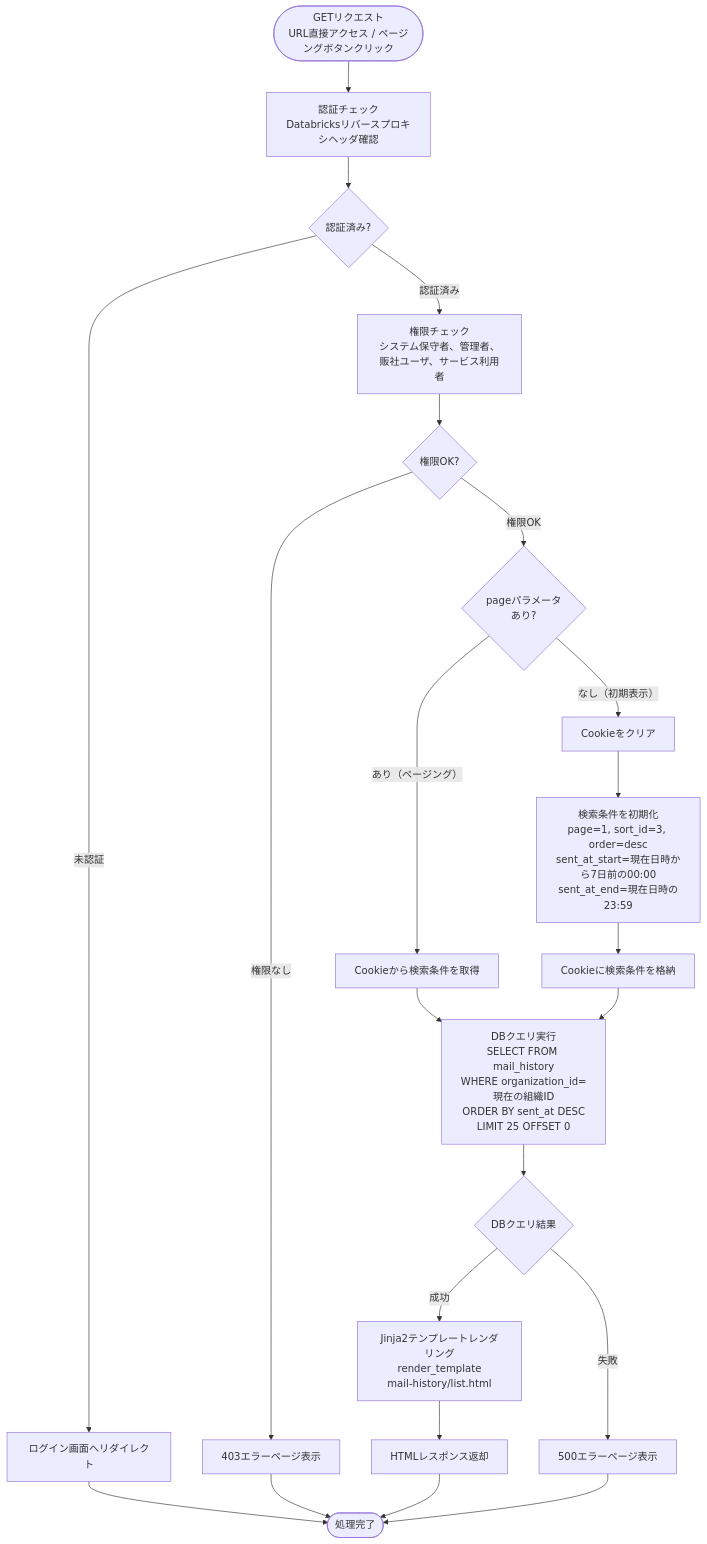
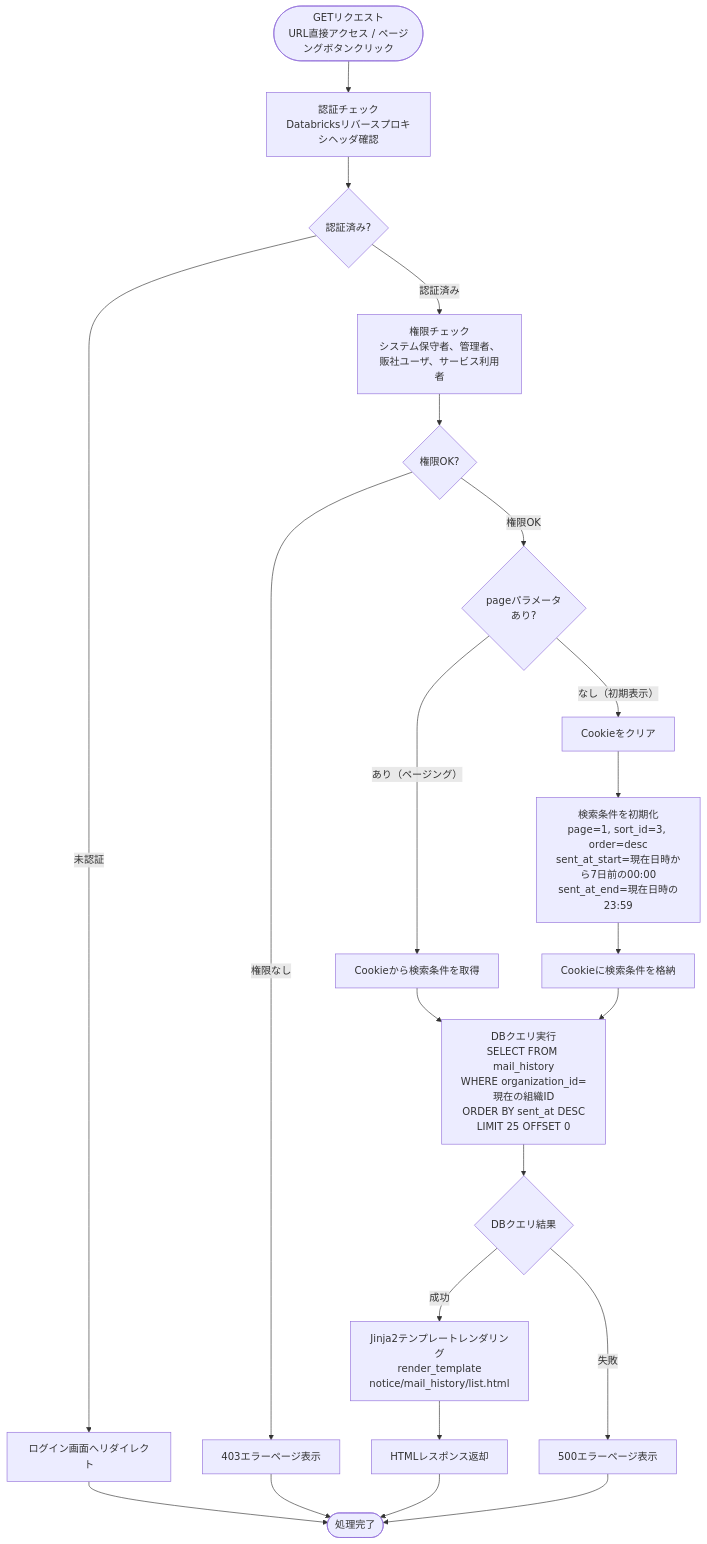
Before and after one commit to NSW-SVCP-AIWG002/Databricks-IoT: the first of 5 diagrams in docs/03-features/flask-app/mail-history/workflow-specification.md, drawn with Mermaid. The commit also changed other lines of this file and 3 other files, not shown here.

````diff
--- a/docs/03-features/flask-app/mail-history/workflow-specification.md
+++ b/docs/03-features/flask-app/mail-history/workflow-specification.md
@@ -102,32 +102,32 @@
 ```mermaid
 flowchart TD
     Start([GETリクエスト<br>URL直接アクセス / ページングボタンクリック]) --> Auth[認証チェック<br>Databricksリバースプロキシヘッダ確認]
     Auth --> CheckAuth{認証済み?}
     CheckAuth -->|未認証| LoginRedirect[ログイン画面へリダイレクト]
 
     CheckAuth -->|認証済み| Permission[権限チェック<br>システム保守者、管理者、販社ユーザ、サービス利用者]
     Permission --> CheckPerm{権限OK?}
     CheckPerm -->|権限なし| Error403[403エラーページ表示]
 
     CheckPerm -->|権限OK| CheckPage{pageパラメータ<br>あり?}
 
     CheckPage -->|あり（ページング）| GetCookie[Cookieから検索条件を取得]
     GetCookie --> Query
 
     CheckPage -->|なし（初期表示）| ClearCookie[Cookieをクリア]
     ClearCookie --> Init[検索条件を初期化<br>page=1, sort_id=3, order=desc<br>sent_at_start=現在日時から7日前の00:00<br>sent_at_end=現在日時の23:59]
     Init --> SetParams[Cookieに検索条件を格納]
     SetParams --> Query[DBクエリ実行<br>SELECT FROM mail_history<br>WHERE organization_id=現在の組織ID<br>ORDER BY sent_at DESC<br>LIMIT 25 OFFSET 0]
 
     Query --> CheckDB{DBクエリ結果}
 
-    CheckDB -->|成功| Template[Jinja2テンプレートレンダリング<br>render_template<br>mail-history/list.html]
+    CheckDB -->|成功| Template[Jinja2テンプレートレンダリング<br>render_template<br>notice/mail_history/list.html]
     Template --> Response[HTMLレスポンス返却]
 
     CheckDB -->|失敗| Error500[500エラーページ表示]
 
     LoginRedirect --> End([処理完了])
     Error403 --> End
     Response --> End
     Error500 --> End
 ```
````
